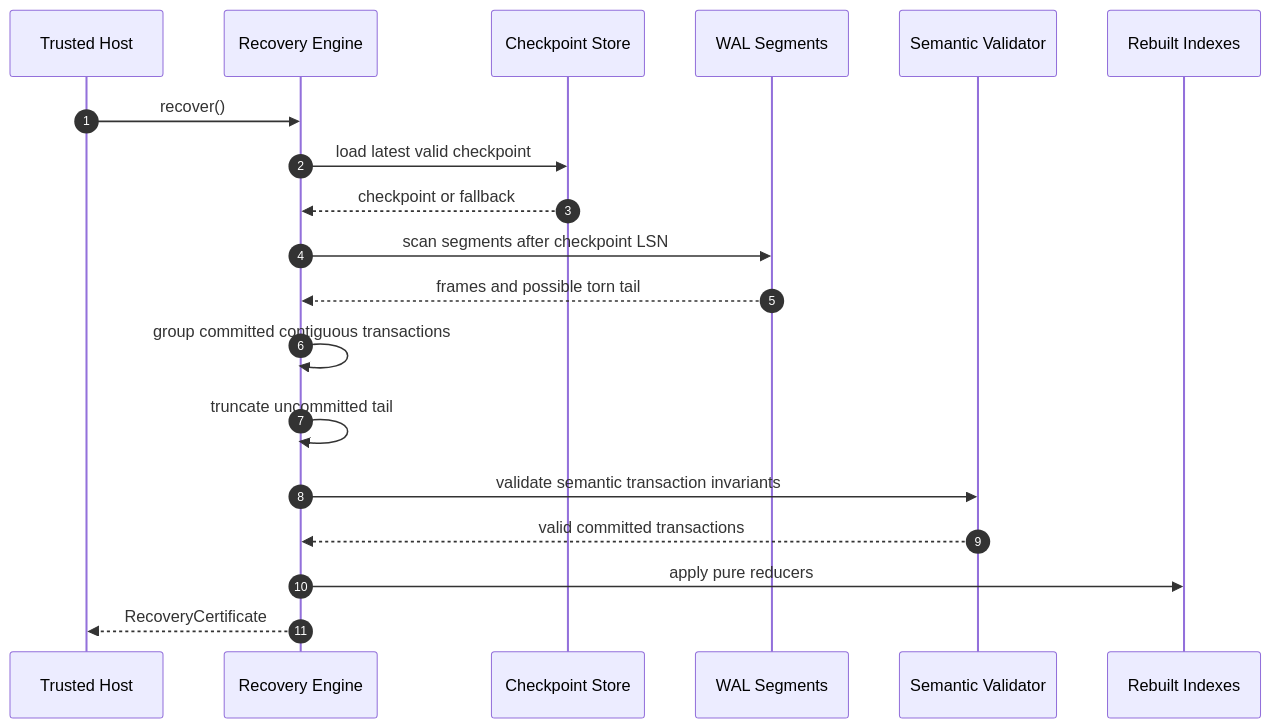
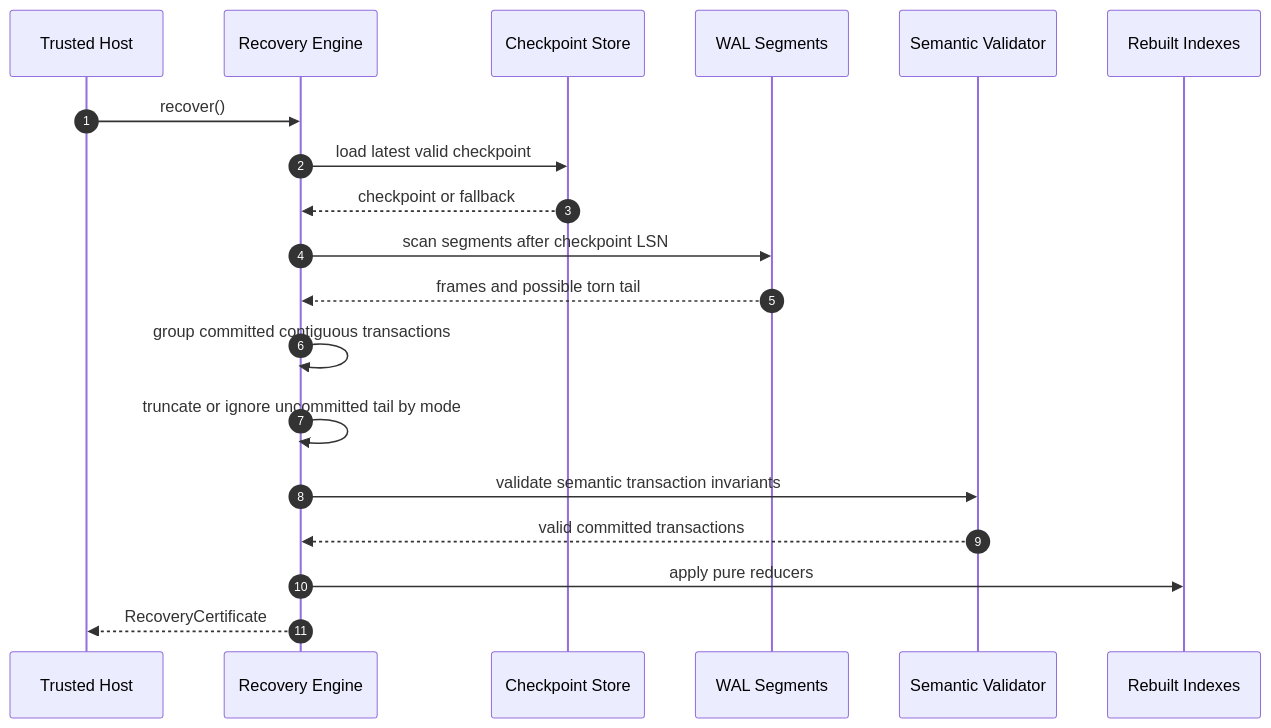
The sixth of 15 diagrams in docs/design/causal-wal-end-to-end.md (flyingrobots/echo), drawn with Mermaid before and after one commit. The commit also changed other lines of this file and 4 other files, not shown here.

````diff
--- a/docs/design/causal-wal-end-to-end.md
+++ b/docs/design/causal-wal-end-to-end.md
@@ -256,22 +285,22 @@
 ```mermaid
 sequenceDiagram
     autonumber
     participant Host as Trusted Host
     participant Recovery as Recovery Engine
     participant Checkpoint as Checkpoint Store
     participant Wal as WAL Segments
     participant Validator as Semantic Validator
     participant Index as Rebuilt Indexes
 
     Host->>Recovery: recover()
     Recovery->>Checkpoint: load latest valid checkpoint
     Checkpoint-->>Recovery: checkpoint or fallback
     Recovery->>Wal: scan segments after checkpoint LSN
     Wal-->>Recovery: frames and possible torn tail
     Recovery->>Recovery: group committed contiguous transactions
-    Recovery->>Recovery: truncate uncommitted tail
+    Recovery->>Recovery: truncate or ignore uncommitted tail by mode
     Recovery->>Validator: validate semantic transaction invariants
     Validator-->>Recovery: valid committed transactions
     Recovery->>Index: apply pure reducers
     Recovery-->>Host: RecoveryCertificate
 ```
````
